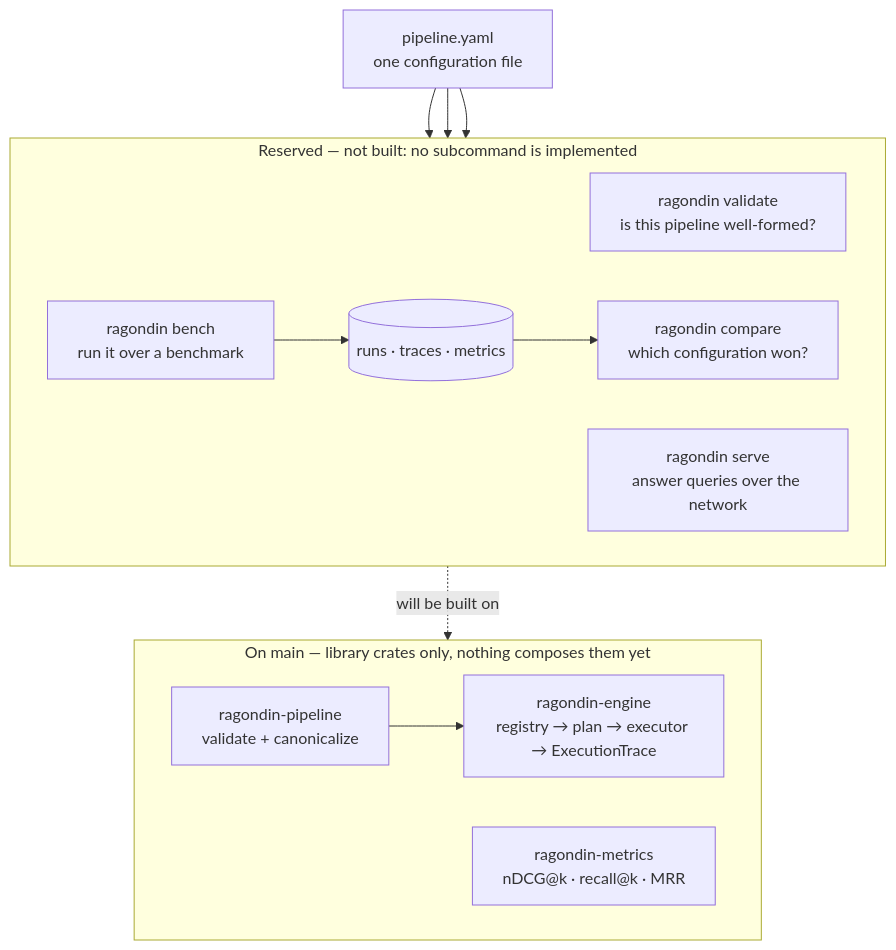
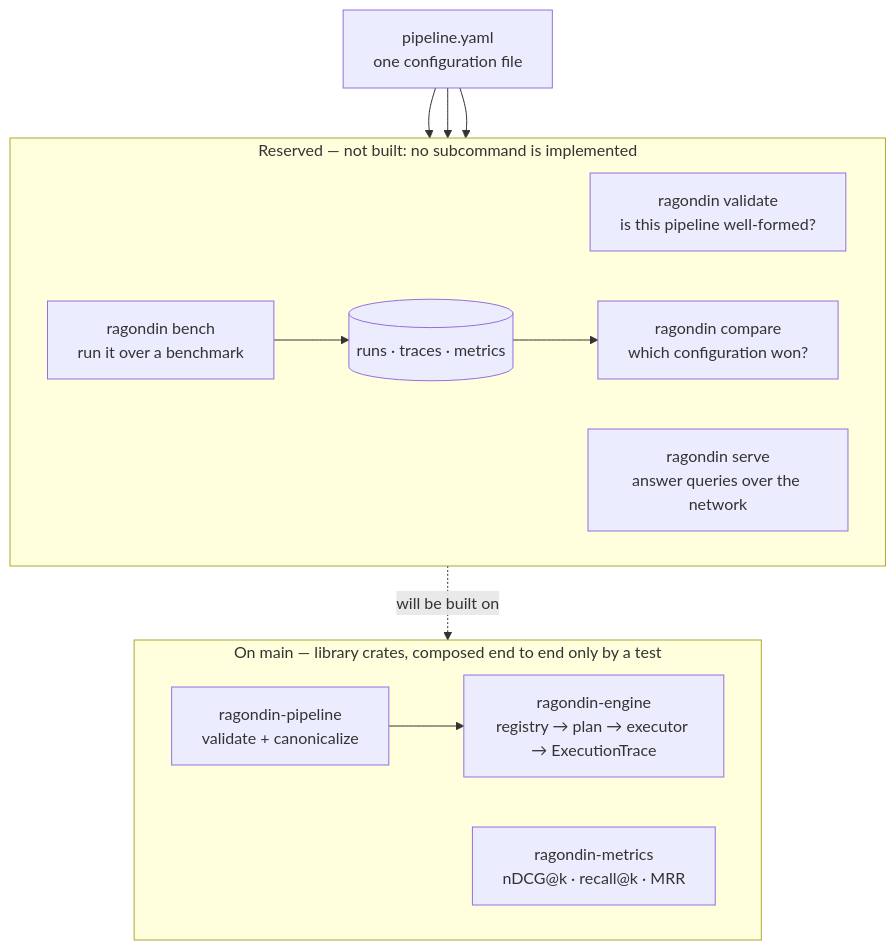
The diagram in README.md (genesary/Ragondin), drawn with Mermaid before and after one commit. The commit also changed other lines of this file and 14 other files, not shown here.

````diff
--- a/README.md
+++ b/README.md
@@ -103,27 +110,27 @@
 ```mermaid
 flowchart TB
     CFG["pipeline.yaml<br/>one configuration file"]
 
     subgraph CLI["Reserved — not built: no subcommand is implemented"]
         direction LR
         VAL["ragondin validate<br/>is this pipeline well-formed?"]
         BEN["ragondin bench<br/>run it over a benchmark"]
         SRV["ragondin serve<br/>answer queries over the network"]
         RUNS[("runs · traces · metrics")]
         CMP["ragondin compare<br/>which configuration won?"]
         BEN --> RUNS --> CMP
     end
 
-    subgraph LIB["On main — library crates only, nothing composes them yet"]
+    subgraph LIB["On main — library crates, composed end to end only by a test"]
         direction LR
         PIPE["ragondin-pipeline<br/>validate + canonicalize"]
         ENG["ragondin-engine<br/>registry → plan → executor → ExecutionTrace"]
         MET["ragondin-metrics<br/>nDCG@k · recall@k · MRR"]
         PIPE --> ENG
     end
 
     CFG --> VAL
     CFG --> BEN
     CFG --> SRV
     CLI -.->|"will be built on"| LIB
 ```
````
